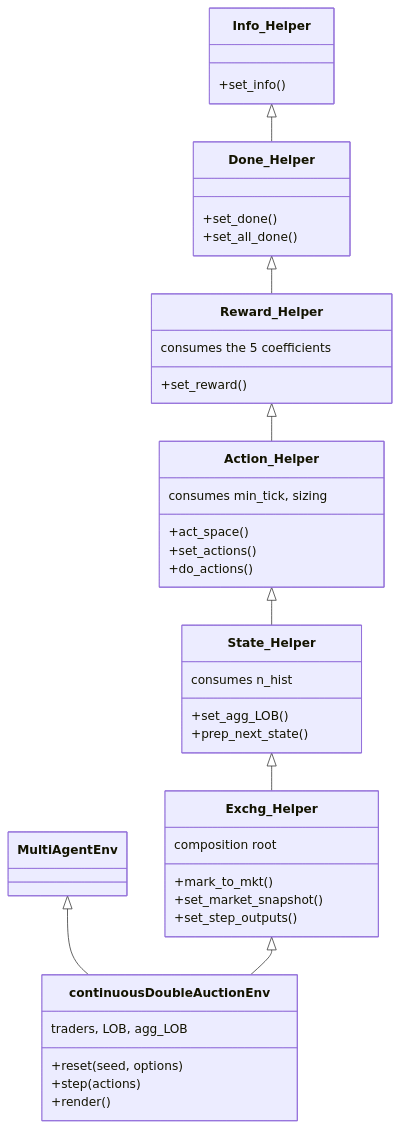
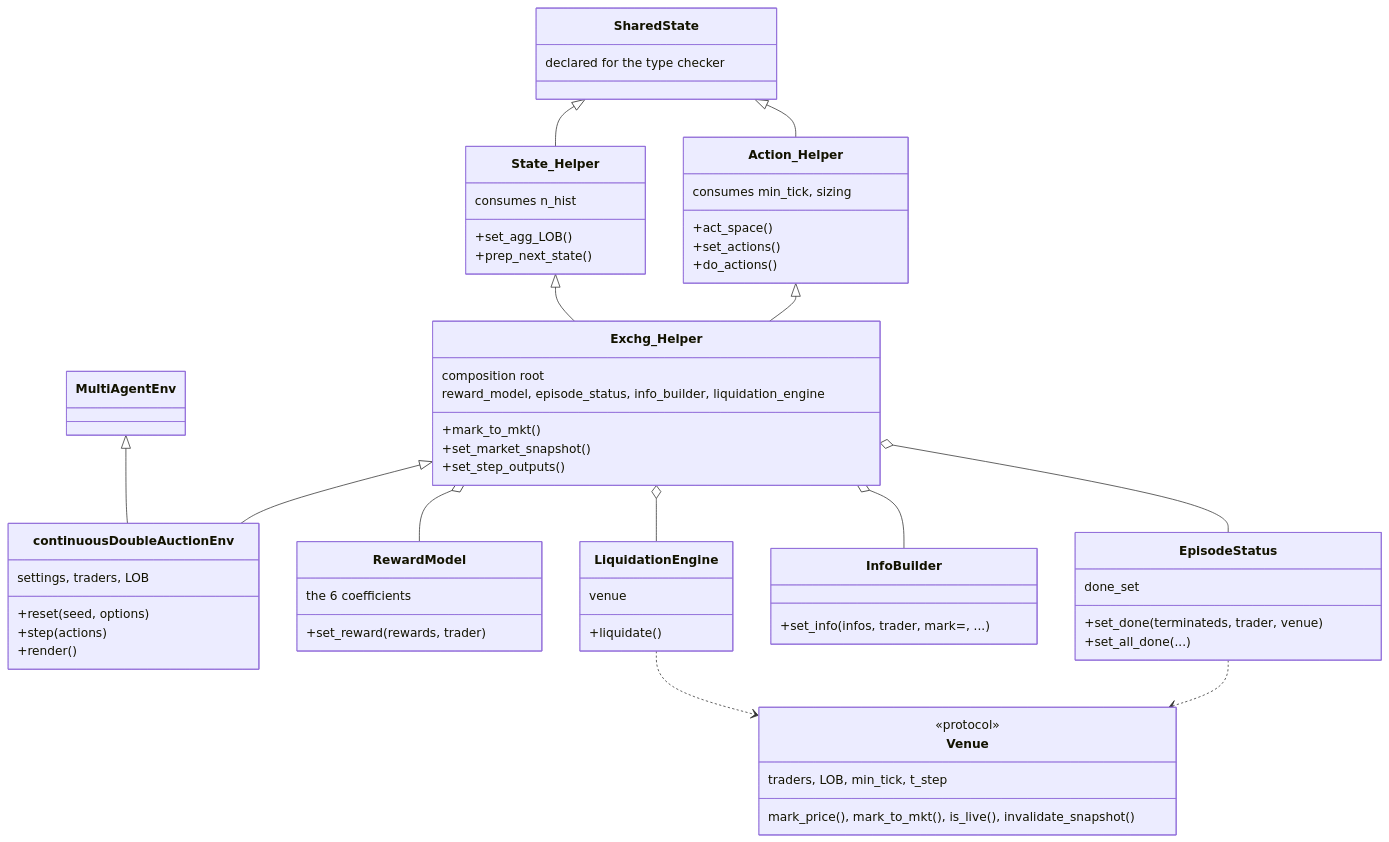
One commit to ChuaCheowHuan/gym-continuousDoubleAuction changed the third of 7 diagrams in doc/02_architecture.md. Above: the diagram before and after it, drawn with Mermaid. The commit also changed other lines of this file and 11 other files, not shown here.

````diff
--- a/doc/02_architecture.md
+++ b/doc/02_architecture.md
@@ -217,45 +220,64 @@
 ```mermaid
 classDiagram
     class continuousDoubleAuctionEnv {
         +reset(seed, options)
         +step(actions)
         +render()
-        traders, LOB, agg_LOB
+        settings, traders, LOB
     }
     class Exchg_Helper {
         composition root
         +mark_to_mkt()
         +set_market_snapshot()
         +set_step_outputs()
+        reward_model, episode_status, info_builder, liquidation_engine
     }
     class State_Helper {
         consumes n_hist
         +set_agg_LOB()
         +prep_next_state()
     }
     class Action_Helper {
         consumes min_tick, sizing
         +act_space()
         +set_actions()
         +do_actions()
     }
-    class Reward_Helper {
-        consumes the 5 coefficients
-        +set_reward()
+    class SharedState {
+        declared for the type checker
     }
-    class Done_Helper {
-        +set_done()
-        +set_all_done()
+    class RewardModel {
+        the 6 coefficients
+        +set_reward(rewards, trader)
     }
-    class Info_Helper {
-        +set_info()
+    class EpisodeStatus {
+        done_set
+        +set_done(terminateds, trader, venue)
+        +set_all_done(...)
+    }
+    class InfoBuilder {
+        +set_info(infos, trader, mark=, ...)
+    }
+    class LiquidationEngine {
+        venue
+        +liquidate()
+    }
+    class Venue {
+        <<protocol>>
+        traders, LOB, min_tick, t_step
+        mark_price(), mark_to_mkt(), is_live(), invalidate_snapshot()
     }
 
     MultiAgentEnv <|-- continuousDoubleAuctionEnv
     Exchg_Helper <|-- continuousDoubleAuctionEnv
     State_Helper <|-- Exchg_Helper
-    Action_Helper <|-- State_Helper
-    Reward_Helper <|-- Action_Helper
-    Done_Helper <|-- Reward_Helper
-    Info_Helper <|-- Done_Helper
+    Action_Helper <|-- Exchg_Helper
+    SharedState <|-- State_Helper
+    SharedState <|-- Action_Helper
+    Exchg_Helper o-- RewardModel
+    Exchg_Helper o-- EpisodeStatus
+    Exchg_Helper o-- InfoBuilder
+    Exchg_Helper o-- LiquidationEngine
+    LiquidationEngine ..> Venue
+    EpisodeStatus ..> Venue
 ```
````
